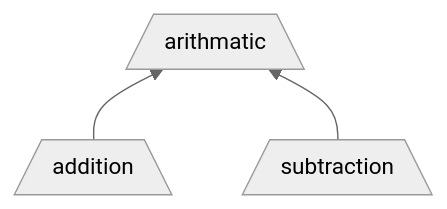
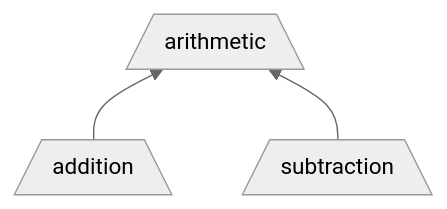
Before and after one commit to openproficiency/model: the second of 4 diagrams in specs/experience-topic.md, drawn with Mermaid (neutral theme). The commit also changed other lines of this file and 4 other files, not shown here.

````diff
--- a/specs/experience-topic.md
+++ b/specs/experience-topic.md
@@ -32,7 +32,7 @@
 ```mermaid
 flowchart BT
 
-topic[/arithmatic\]
+topic[/arithmetic\]
 subtopic1[/addition\] --> topic
 subtopic2[/subtraction\] --> topic
 ```
````
